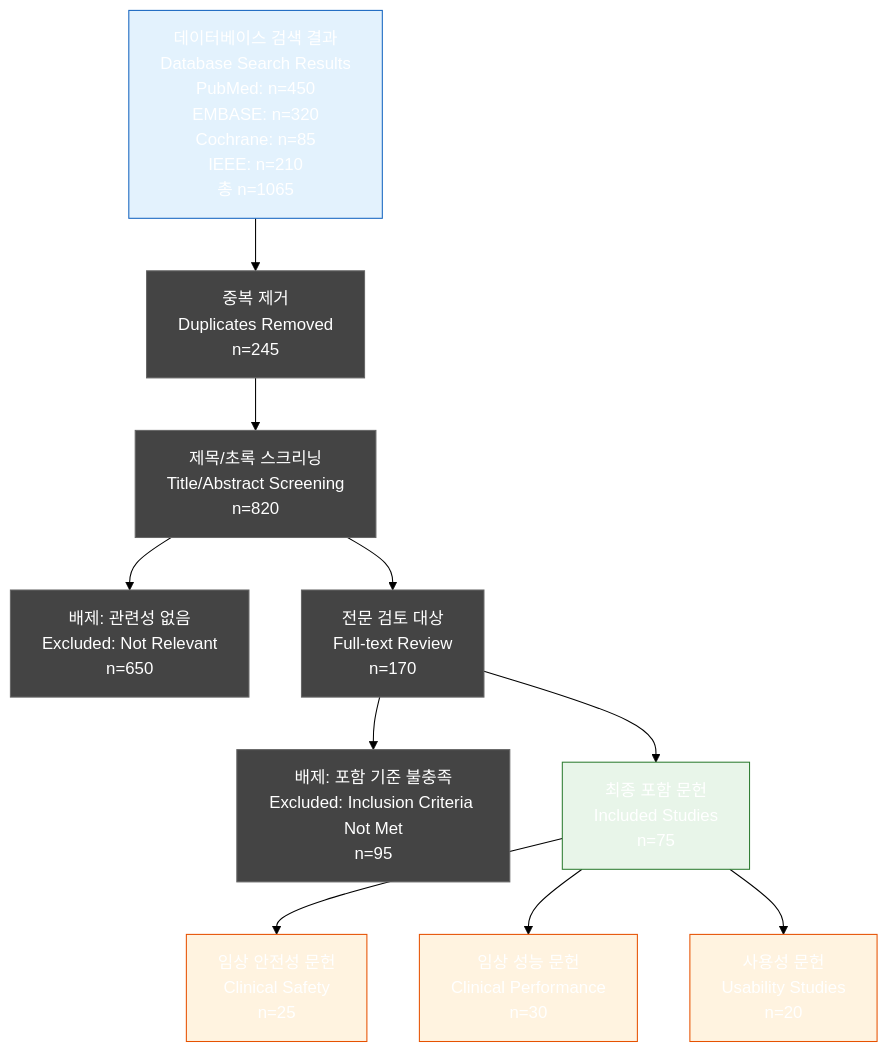
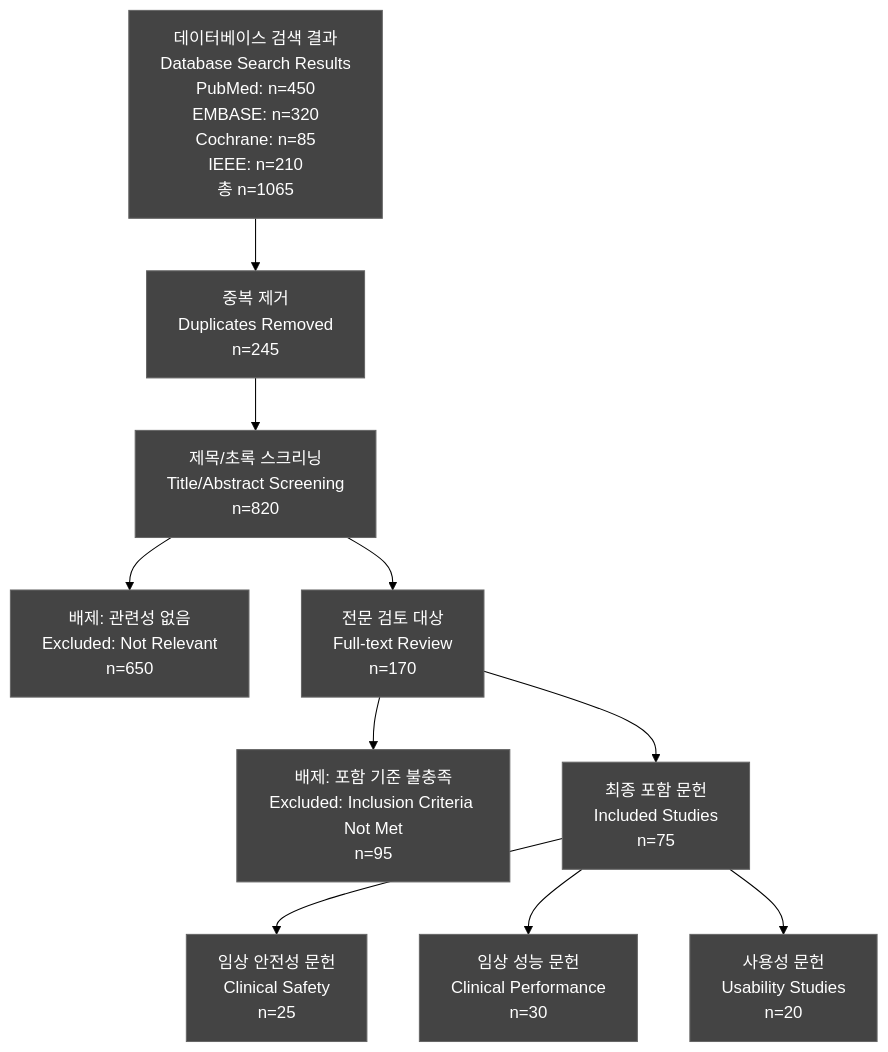
The fourth of 7 diagrams in docs/regulatory/DOC-020_Clinical_Evaluation_Plan_v1.0.md (holee9/console-gui), drawn with Mermaid (forest theme) before and after one commit. The commit also changed other lines of this file and 35 other files, not shown here.

First line of the commit message:
fix: 전체 Mermaid 차트 색상 진한 회색 통일

````diff
--- a/docs/regulatory/DOC-020_Clinical_Evaluation_Plan_v1.0.md
+++ b/docs/regulatory/DOC-020_Clinical_Evaluation_Plan_v1.0.md
@@ -387,19 +387,19 @@
 ```mermaid
 flowchart TD
     classDef default fill:#444,stroke:#666,color:#fff
     A["데이터베이스 검색 결과\nDatabase Search Results\nPubMed: n=450\nEMBASE: n=320\nCochrane: n=85\nIEEE: n=210\n총 n=1065"] --> B["중복 제거\nDuplicates Removed\nn=245"]
     B --> C["제목/초록 스크리닝\nTitle/Abstract Screening\nn=820"]
     C --> D["배제: 관련성 없음\nExcluded: Not Relevant\nn=650"]
     C --> E["전문 검토 대상\nFull-text Review\nn=170"]
     E --> F["배제: 포함 기준 불충족\nExcluded: Inclusion Criteria Not Met\nn=95"]
     E --> G["최종 포함 문헌\nIncluded Studies\nn=75"]
     G --> H["임상 안전성 문헌\nClinical Safety\nn=25"]
     G --> I["임상 성능 문헌\nClinical Performance\nn=30"]
     G --> J["사용성 문헌\nUsability Studies\nn=20"]
 
-    style A fill:#E3F2FD,stroke:#1565C0
-    style G fill:#E8F5E9,stroke:#2E7D32
-    style H fill:#FFF3E0,stroke:#E65100
-    style I fill:#FFF3E0,stroke:#E65100
-    style J fill:#FFF3E0,stroke:#E65100
+    style A fill:#444,stroke:#666
+    style G fill:#444,stroke:#666
+    style H fill:#444,stroke:#666
+    style I fill:#444,stroke:#666
+    style J fill:#444,stroke:#666
 ```
````
